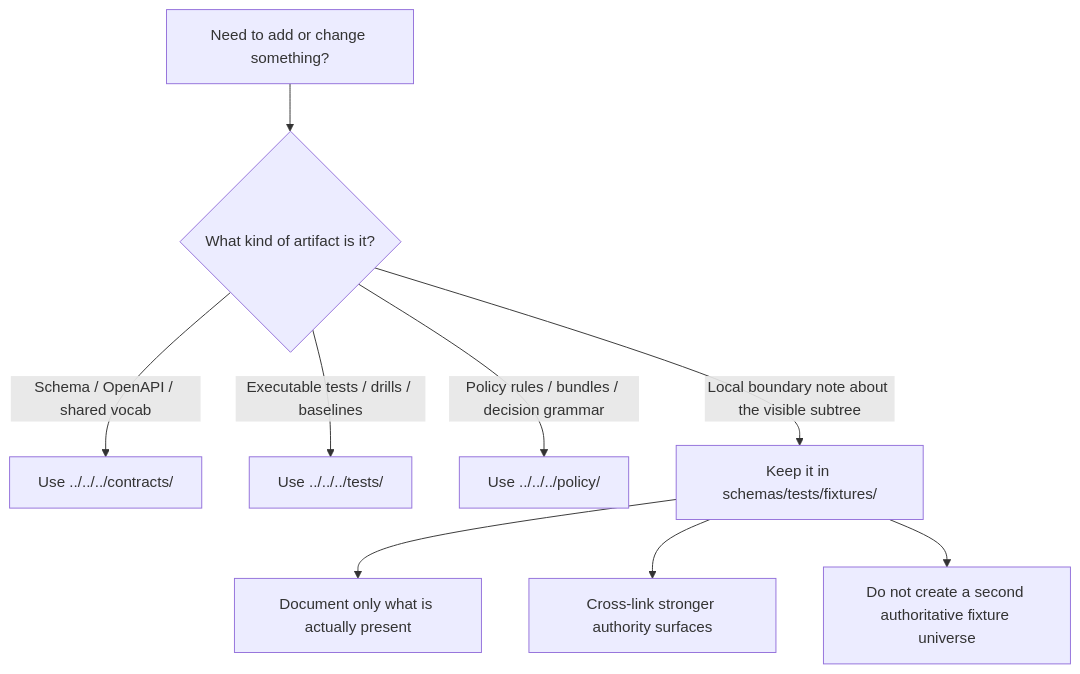
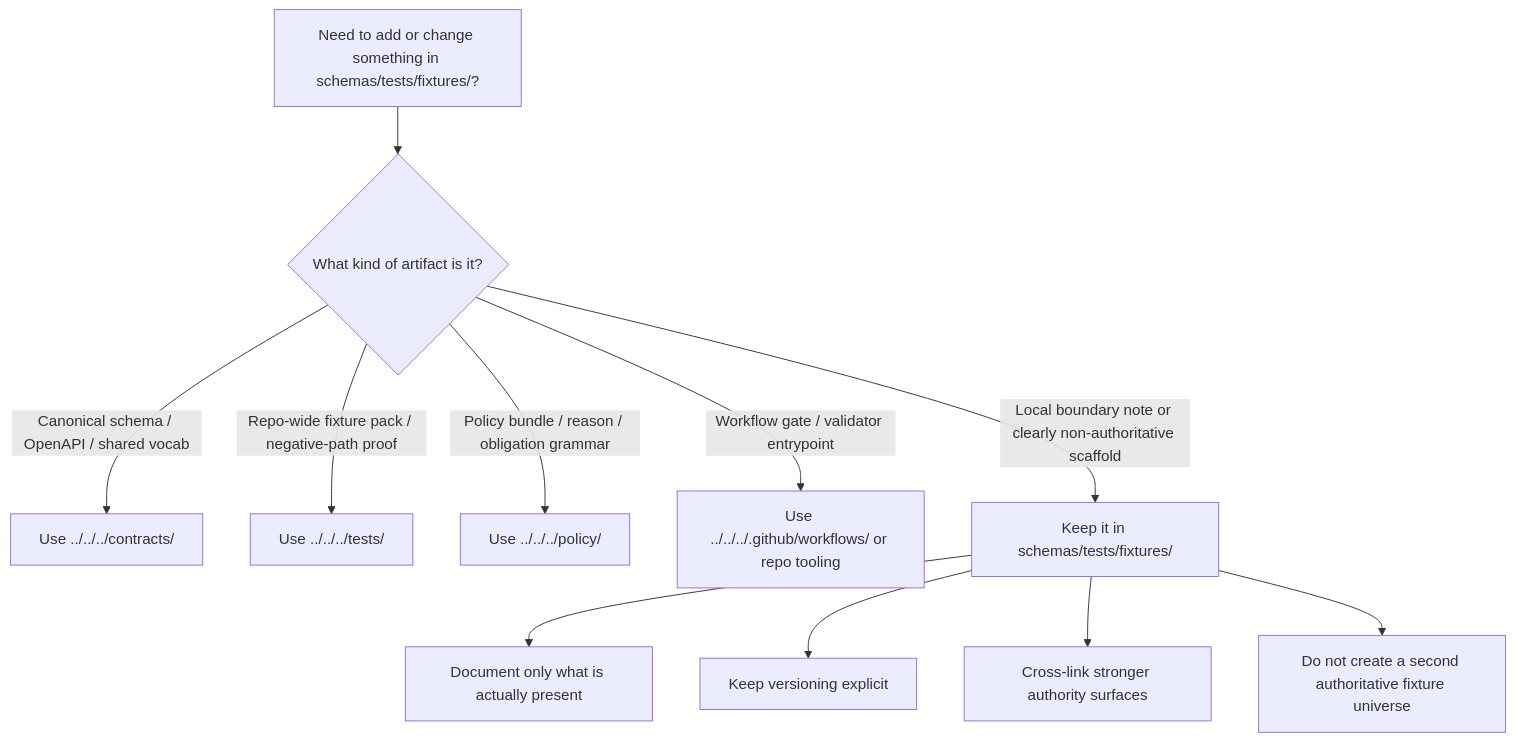
Before and after one commit to bartytime4life/Kansas-Frontier-Matrix: the diagram in schemas/tests/fixtures/README.md, drawn with Mermaid. The commit also changed other lines of this file, not shown here.

First line of the commit message:
Revise README for fixtures directory clarity

````diff
--- a/schemas/tests/fixtures/README.md
+++ b/schemas/tests/fixtures/README.md
@@ -203,13 +250,15 @@
 ```mermaid
 flowchart TD
-  Q["Need to add or change something?"] --> D{"What kind of artifact is it?"}
+  Q["Need to add or change something in schemas/tests/fixtures/?"] --> A{"What kind of artifact is it?"}
 
-  D -->|Schema / OpenAPI / shared vocab| C["Use ../../../contracts/"]
-  D -->|Executable tests / drills / baselines| T["Use ../../../tests/"]
-  D -->|Policy rules / bundles / decision grammar| P["Use ../../../policy/"]
-  D -->|Local boundary note about the visible subtree| F["Keep it in schemas/tests/fixtures/"]
+  A -->|Canonical schema / OpenAPI / shared vocab| C["Use ../../../contracts/"]
+  A -->|Repo-wide fixture pack / negative-path proof| T["Use ../../../tests/"]
+  A -->|Policy bundle / reason / obligation grammar| P["Use ../../../policy/"]
+  A -->|Workflow gate / validator entrypoint| W["Use ../../../.github/workflows/ or repo tooling"]
+  A -->|Local boundary note or clearly non-authoritative scaffold| F["Keep it in schemas/tests/fixtures/"]
 
   F --> F1["Document only what is actually present"]
-  F --> F2["Cross-link stronger authority surfaces"]
-  F --> F3["Do not create a second authoritative fixture universe"]
+  F --> F2["Keep versioning explicit"]
+  F --> F3["Cross-link stronger authority surfaces"]
+  F --> F4["Do not create a second authoritative fixture universe"]
 ```
````
